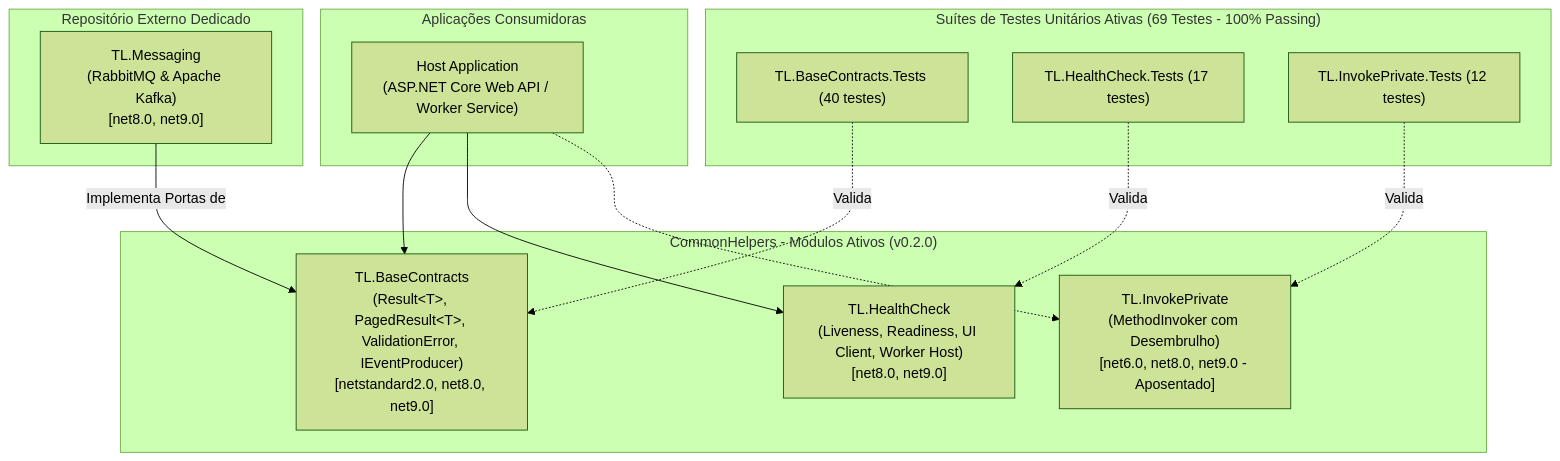
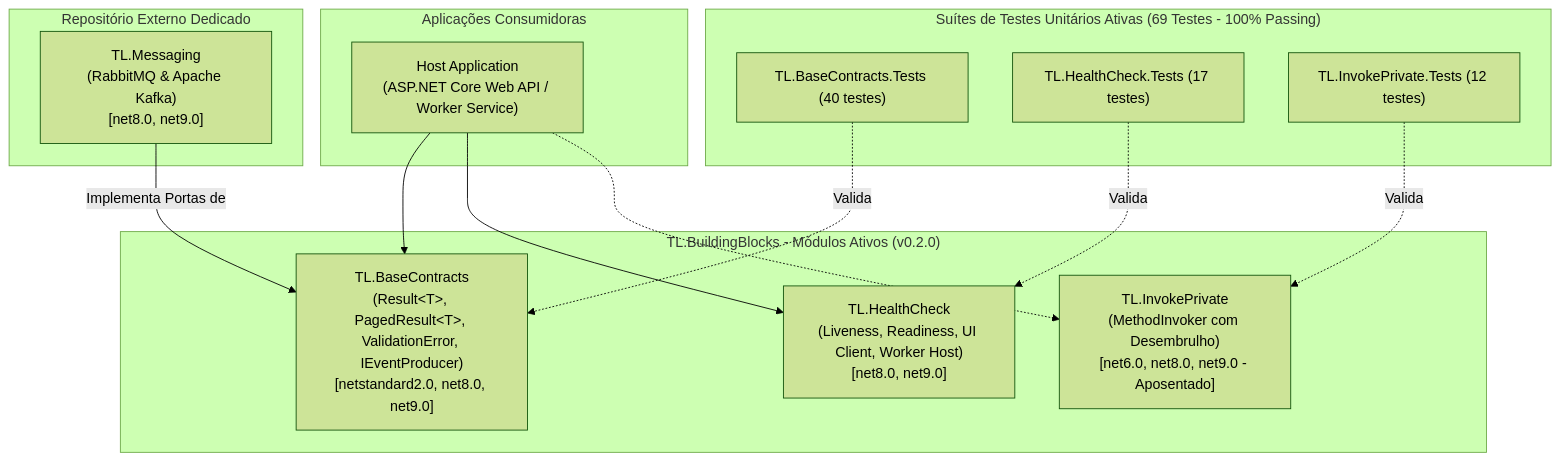
Before and after one commit to thaylonlopes/BuildingBlocks: the second of 2 diagrams in docs/arquitetura/visao-geral.md, drawn with Mermaid (forest theme). The commit also changed other lines of this file and 70 other files, not shown here.

Commit message:
refactor(solution): migracao para BuildingBlocks.sln e padronizacao TL.*

````diff
--- a/docs/arquitetura/visao-geral.md
+++ b/docs/arquitetura/visao-geral.md
@@ -37,31 +37,31 @@
 ```mermaid
 graph TD
     subgraph "Aplicações Consumidoras"
         AppHost["Host Application<br/>(ASP.NET Core Web API / Worker Service)"]
     end
 
-    subgraph "CommonHelpers - Módulos Ativos (v0.2.0)"
+    subgraph "TL.BuildingBlocks - Módulos Ativos (v0.2.0)"
         RR["TL.BaseContracts<br/>(Result&lt;T&gt;, PagedResult&lt;T&gt;, ValidationError, IEventProducer)<br/>[netstandard2.0, net8.0, net9.0]"]
         HC["TL.HealthCheck<br/>(Liveness, Readiness, UI Client, Worker Host)<br/>[net8.0, net9.0]"]
         IP["TL.InvokePrivate<br/>(MethodInvoker com Desembrulho)<br/>[net6.0, net8.0, net9.0 - Aposentado]"]
     end
 
     subgraph "Repositório Externo Dedicado"
         MSG["TL.Messaging<br/>(RabbitMQ &amp; Apache Kafka)<br/>[net8.0, net9.0]"]
     end
 
     subgraph "Suítes de Testes Unitários Ativas (69 Testes - 100% Passing)"
         RRTests["TL.BaseContracts.Tests (40 testes)"]
         HCTests["TL.HealthCheck.Tests (17 testes)"]
         IPTests["TL.InvokePrivate.Tests (12 testes)"]
     end
 
     AppHost --> RR
     AppHost --> HC
     AppHost -.-> IP
     MSG -->|"Implementa Portas de"| RR
 
     RRTests -.->|"Valida"| RR
     HCTests -.->|"Valida"| HC
     IPTests -.->|"Valida"| IP
 ```
````
